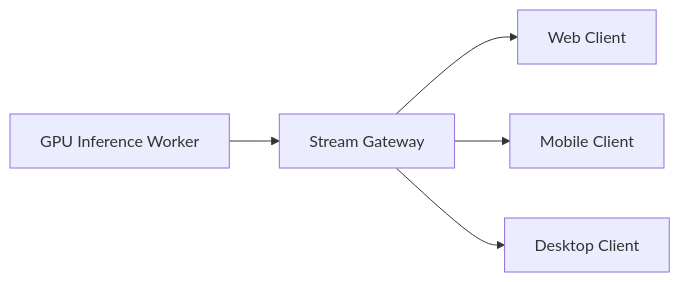
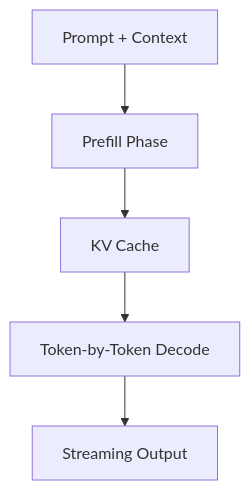
Before and after one commit to gojosatoru123-ux/CacheU: the third of 11 diagrams in src/content/design-a-realtime-ai-chat-system.md, drawn with Mermaid. The commit also changed other lines of this file and 17 other files, not shown here.

````diff
--- a/src/content/design-a-realtime-ai-chat-system.md
+++ b/src/content/design-a-realtime-ai-chat-system.md
@@ -437,7 +459,7 @@
 ```mermaid
-flowchart LR
-    GPU[GPU Inference Worker] --> StreamGW[Stream Gateway]
-    StreamGW --> Web[Web Client]
-    StreamGW --> Mobile[Mobile Client]
-    StreamGW --> Desktop[Desktop Client]
+flowchart TD
+    Prompt[Prompt + Context] --> Prefill[Prefill Phase]
+    Prefill --> Cache[KV Cache]
+    Cache --> Decode[Token-by-Token Decode]
+    Decode --> Stream[Streaming Output]
 ```
````
